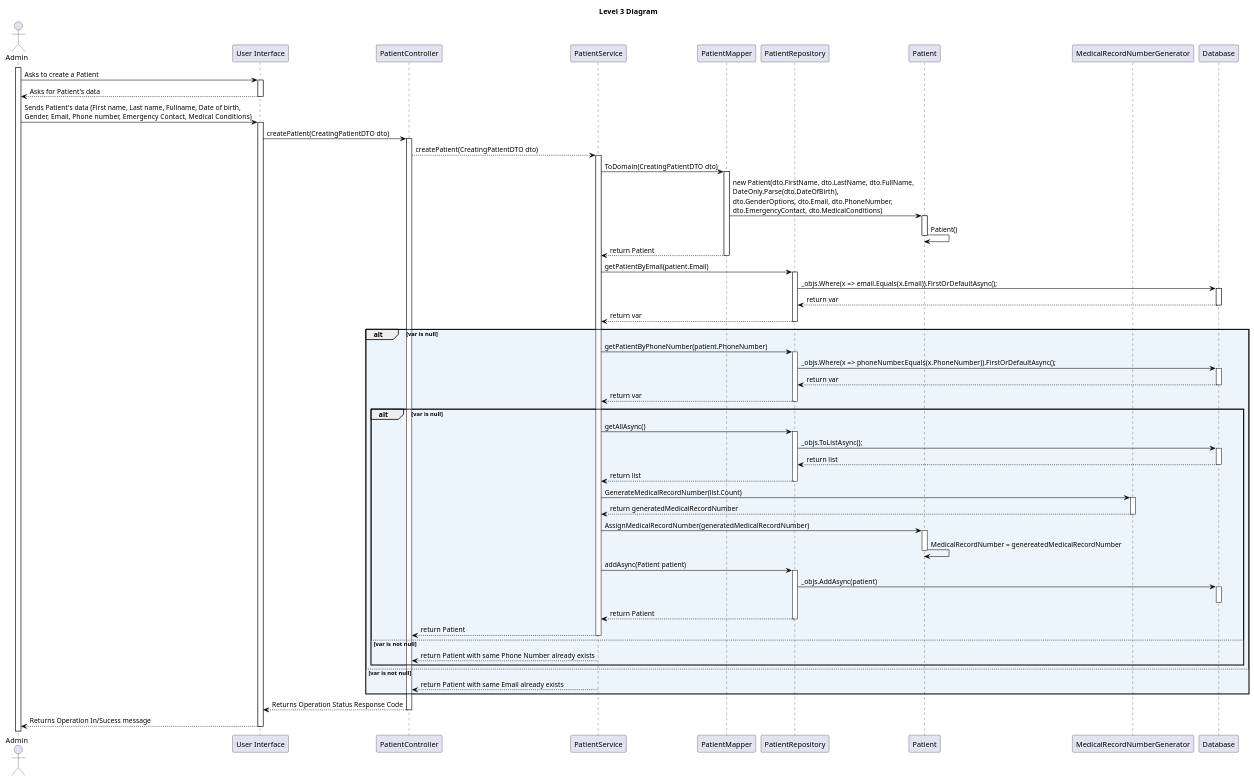
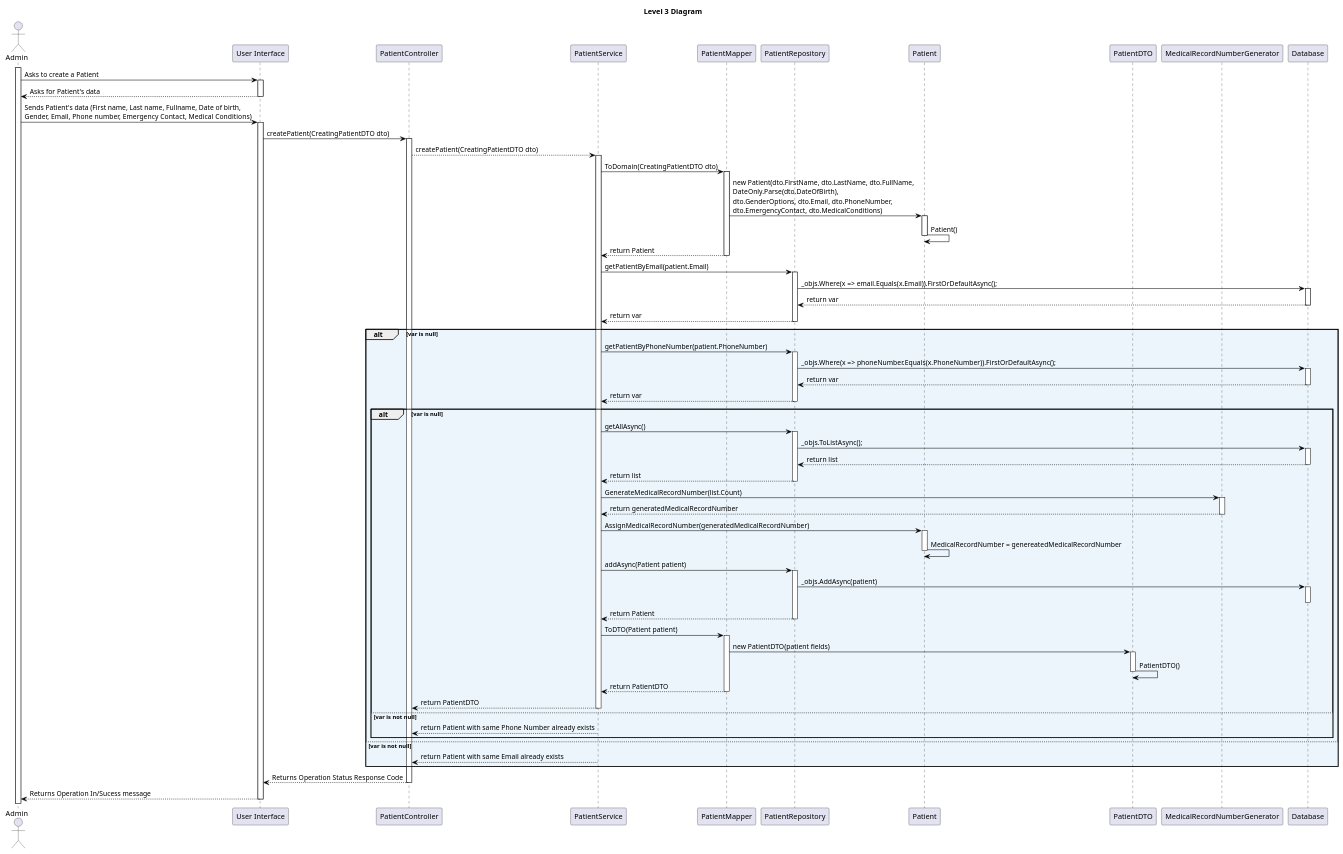
Before and after one commit to vscosousa/LAPR5_3DC_G15: the diagram in docs/sprint_A/us_5.1.8/level_3/puml/level_3.puml, drawn with PlantUML. The commit also changed 17 other files, not shown here.

```diff
--- a/docs/sprint_A/us_5.1.8/level_3/puml/level_3.puml
+++ b/docs/sprint_A/us_5.1.8/level_3/puml/level_3.puml
@@ -1,107 +1,116 @@
 @startuml level_3
 
 title Level 3 Diagram
 
 hide empty members
 'skinparam Linetype ortho
 
 skinparam class {
     BackgroundColor<<valueObject>> #D6EAF8
     BackgroundColor<<root>> #FDEBD0
     BackgroundColor<<service>> #D1F2EB
     BackgroundColor #FEF9E7
     ArrowColor Black
 }
 
 skinparam package {
     BackgroundColor #EBF5FB
 }
 
 actor Admin as A
 participant "User Interface" as UI
 participant "PatientController" as C
 participant "PatientService" as S
 participant "PatientMapper" as M
 participant "PatientRepository" as R
 participant "Patient" as P
+participant "PatientDTO" as DTO
 participant "MedicalRecordNumberGenerator" as MRNG
 participant "Database" as DB
 
 
 activate A
 A -> UI: Asks to create a Patient
 activate UI
 UI --> A: Asks for Patient's data
 deactivate UI
 A -> UI: Sends Patient's data (First name, Last name, Fullname, Date of birth, \nGender, Email, Phone number, Emergency Contact, Medical Conditions)
 activate UI
 UI -> C: createPatient(CreatingPatientDTO dto)
 activate C
 C --> S: createPatient(CreatingPatientDTO dto)
 activate S
 S -> M: ToDomain(CreatingPatientDTO dto)
 activate M
 M -> P: new Patient(dto.FirstName, dto.LastName, dto.FullName, \nDateOnly.Parse(dto.DateOfBirth), \ndto.GenderOptions, dto.Email, dto.PhoneNumber, \ndto.EmergencyContact, dto.MedicalConditions)
 activate P
 P -> P: Patient()
 deactivate P
 M --> S: return Patient
 deactivate M
 S -> R: getPatientByEmail(patient.Email)
 activate R
 R -> DB: _objs.Where(x => email.Equals(x.Email)).FirstOrDefaultAsync();
 activate DB
 DB --> R: return var
 deactivate DB
 R --> S: return var
 deactivate R
 alt var is null
     S -> R: getPatientByPhoneNumber(patient.PhoneNumber)
     activate R
     R -> DB: _objs.Where(x => phoneNumber.Equals(x.PhoneNumber)).FirstOrDefaultAsync();
     activate DB
     DB --> R: return var
     deactivate DB
     R --> S: return var
     deactivate R
     alt var is null
         S -> R: getAllAsync()
         activate R
         R -> DB: _objs.ToListAsync();
         activate DB
         DB --> R: return list
         deactivate DB
         R --> S: return list
         deactivate R
         S -> MRNG: GenerateMedicalRecordNumber(list.Count)
         activate MRNG
         MRNG --> S: return generatedMedicalRecordNumber
         deactivate MRNG
         S -> P: AssignMedicalRecordNumber(generatedMedicalRecordNumber)
         activate P
         P -> P: MedicalRecordNumber = genereatedMedicalRecordNumber
         deactivate P
         S -> R: addAsync(Patient patient)
         activate R
         R -> DB: _objs.AddAsync(patient)
         activate DB
         deactivate DB
         R --> S: return Patient
         deactivate R
-        S --> C: return Patient
+        S -> M: ToDTO(Patient patient)
+        activate M
+        M -> DTO: new PatientDTO(patient fields)
+        activate DTO
+        DTO -> DTO: PatientDTO()
+        deactivate DTO
+        M --> S: return PatientDTO
+        deactivate M
+        S --> C: return PatientDTO
         deactivate S
     else var is not null
         S --> C: return Patient with same Phone Number already exists
         deactivate S
     end
 else var is not null
     S --> C: return Patient with same Email already exists
     deactivate S
 end
 C --> UI: Returns Operation Status Response Code
 deactivate C
 UI --> A: Returns Operation In/Sucess message
 deactivate UI
 
 
 @enduml
```
